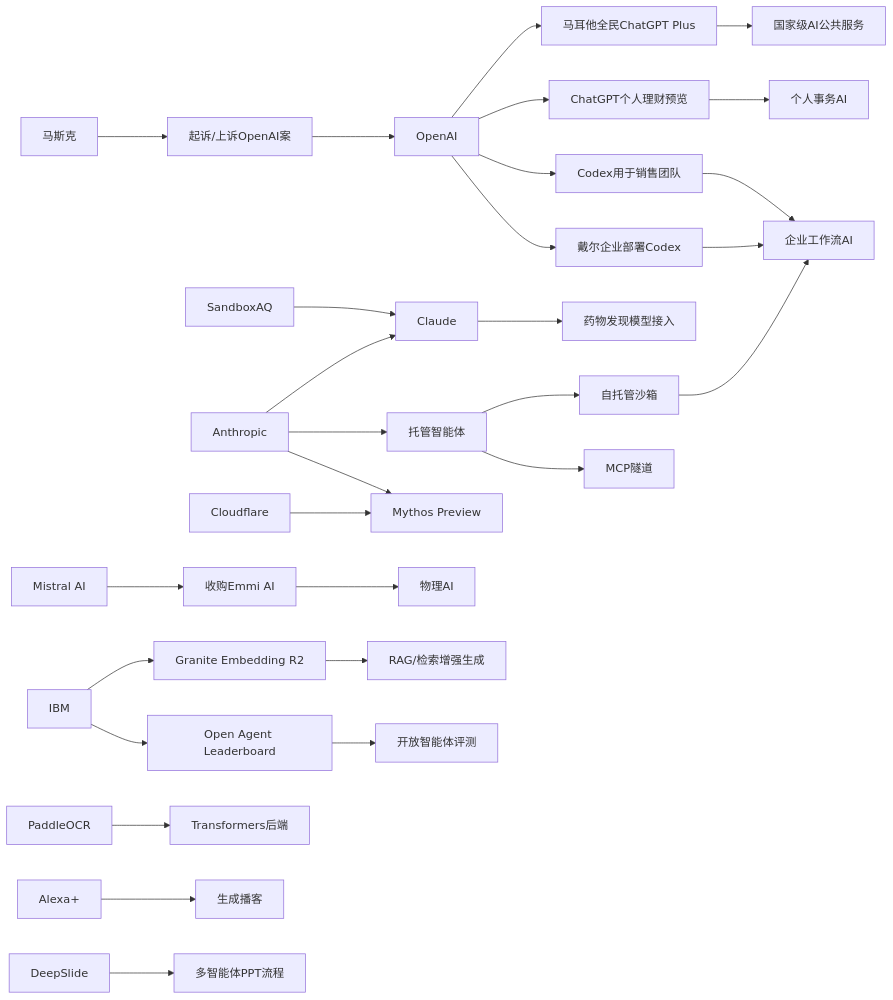
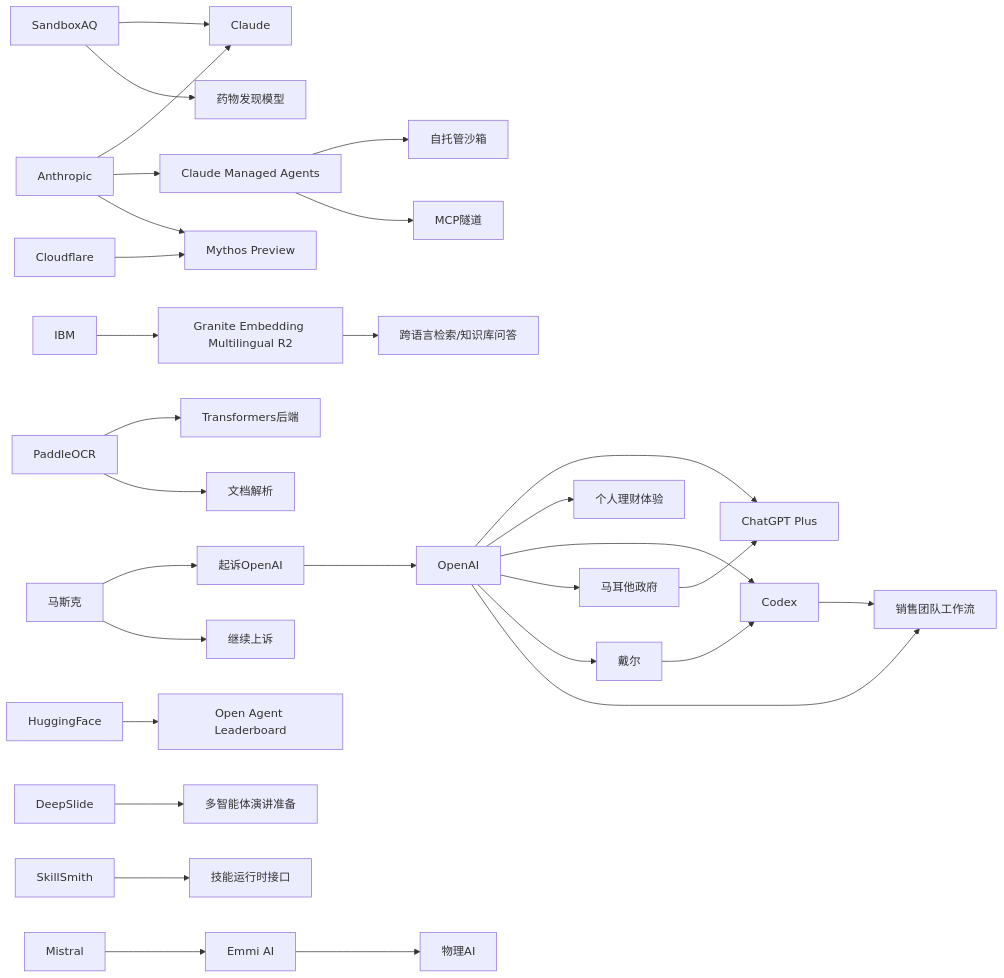
The diagram in content/cn/2026/2026-05/2026-05-19.md (zhuxinfei/ai-daily-site), drawn with Mermaid before and after one commit. The commit also changed other lines of this file, not shown here.

````diff
--- a/content/cn/2026/2026-05/2026-05-19.md
+++ b/content/cn/2026/2026-05/2026-05-19.md
@@ -110,36 +149,42 @@
 ```mermaid
 graph LR
-    OpenAI --> Malta[马耳他全民ChatGPT Plus]
-    OpenAI --> Finance[ChatGPT个人理财预览]
-    OpenAI --> CodexSales[Codex用于销售团队]
-    OpenAI --> Dell[戴尔企业部署Codex]
-    Musk[马斯克] --> Lawsuit[起诉/上诉OpenAI案]
-    Lawsuit --> OpenAI
+    OpenAI --> ChatGPTPlus[ChatGPT Plus]
+    OpenAI --> Finance[个人理财体验]
+    OpenAI --> Codex
+    OpenAI --> Malta[马耳他政府]
+    OpenAI --> Dell[戴尔]
+    OpenAI --> Sales[销售团队工作流]
 
-    SandboxAQ --> Claude[Claude]
+    Malta --> ChatGPTPlus
+    Dell --> Codex
+    Codex --> Sales
+
+    SandboxAQ --> Claude
+    SandboxAQ --> Drug[药物发现模型]
+
     Anthropic --> Claude
-    Anthropic --> ManagedAgents[托管智能体]
+    Anthropic --> ManagedAgents[Claude Managed Agents]
+    Anthropic --> Mythos[Mythos Preview]
     ManagedAgents --> Sandbox[自托管沙箱]
     ManagedAgents --> MCP[MCP隧道]
-    Anthropic --> Mythos[Mythos Preview]
+
     Cloudflare --> Mythos
 
-    IBM --> Granite[Granite Embedding R2]
-    IBM --> Leaderboard[Open Agent Leaderboard]
+    IBM --> Granite[Granite Embedding Multilingual R2]
+    Granite --> Retrieval[跨语言检索/知识库问答]
+
+    Mistral --> EmmiAI[Emmi AI]
+    EmmiAI --> PhysicalAI[物理AI]
+
     PaddleOCR --> Transformers[Transformers后端]
+    PaddleOCR --> DocAI[文档解析]
 
-    Mistral[Mistral AI] --> Emmi[收购Emmi AI]
-    Emmi --> PhysicalAI[物理AI]
+    HuggingFace --> AgentLB[Open Agent Leaderboard]
 
-    Alexa[Alexa+] --> Podcast[生成播客]
-    DeepSlide --> MultiAgent[多智能体PPT流程]
+    DeepSlide --> MultiAgent[多智能体演讲准备]
+    SkillSmith --> Runtime[技能运行时接口]
 
-    Claude --> DrugDiscovery[药物发现模型接入]
-    Finance --> PersonalAgent[个人事务AI]
-    CodexSales --> EnterpriseAI[企业工作流AI]
-    Dell --> EnterpriseAI
-    Malta --> AIPublicService[国家级AI公共服务]
-    Sandbox --> EnterpriseAI
-    Granite --> RAG[RAG/检索增强生成]
-    Leaderboard --> Agents[开放智能体评测]
+    Musk[马斯克] --> Lawsuit[起诉OpenAI]
+    Lawsuit --> OpenAI
+    Musk --> Appeal[继续上诉]
 ```
````
